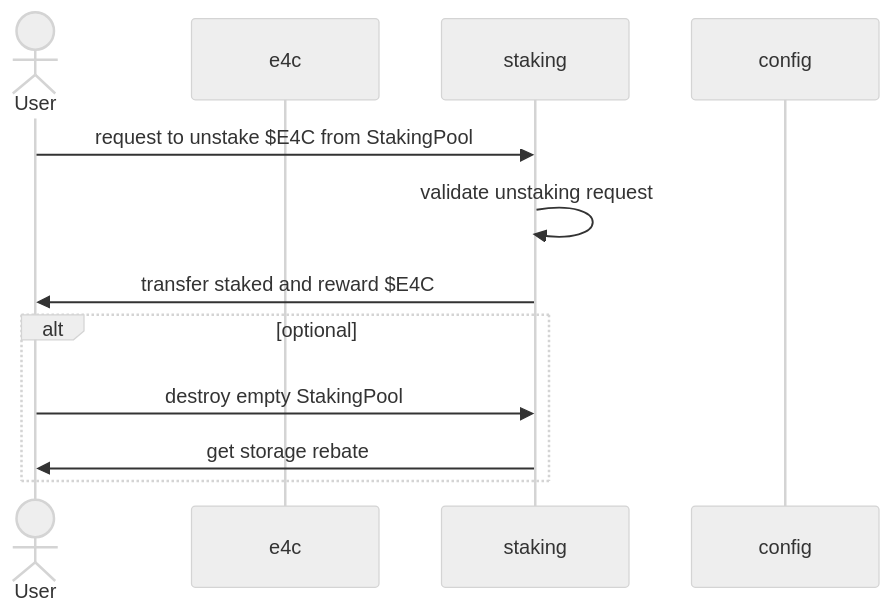
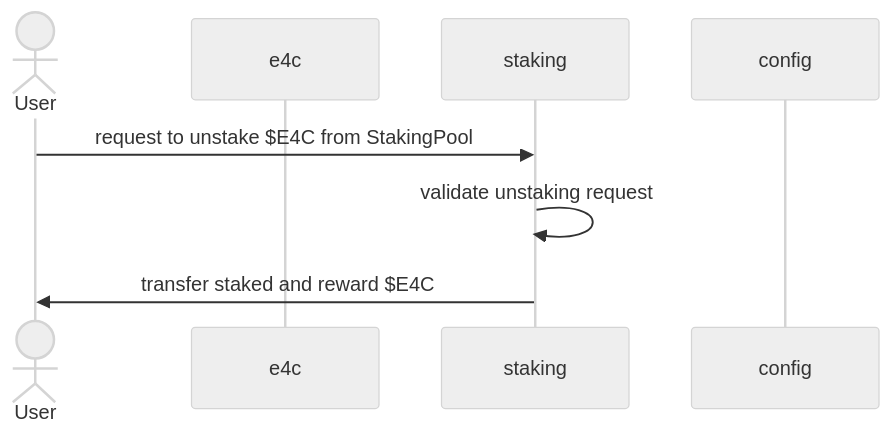
Before and after one commit to z330789559/e4c: the third of 4 diagrams in README.md, drawn with Mermaid (neutral theme). The commit also changed other lines of this file and 6 other files, not shown here.

````diff
--- a/README.md
+++ b/README.md
@@ -63,14 +63,10 @@
 ```mermaid
 sequenceDiagram
     actor U as User
     participant e4c
     participant staking
     participant config
     U ->> staking: request to unstake $E4C from StakingPool
     staking ->> staking: validate unstaking request
     staking ->> U: transfer staked and reward $E4C
-    alt optional
-        U ->> staking: destroy empty StakingPool
-        staking ->> U: get storage rebate
-    end
 ```
````
